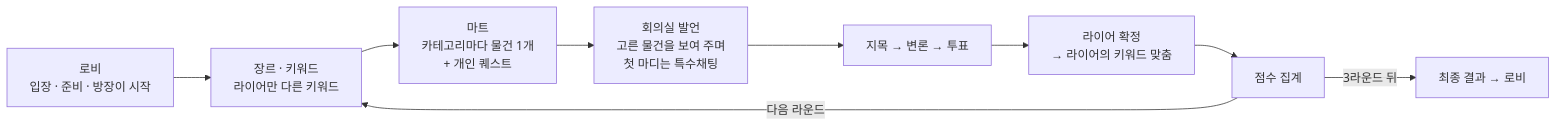
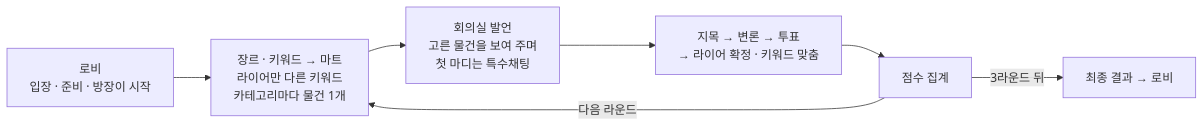
Before and after one commit to rlawlsdn77/portfolio: the first of 8 diagrams in src/IfIWasInMarket/IfIWasInMarket_기술문서.md, drawn with Mermaid. The commit also changed other lines of this file and 4 other files, not shown here.

````diff
--- a/src/IfIWasInMarket/IfIWasInMarket_기술문서.md
+++ b/src/IfIWasInMarket/IfIWasInMarket_기술문서.md
@@ -86,11 +70,9 @@
 ```mermaid
 flowchart LR
-    A["로비<br/>입장 · 준비 · 방장이 시작"] --> B["장르 · 키워드<br/>라이어만 다른 키워드"]
-    B --> C["마트<br/>카테고리마다 물건 1개<br/>+ 개인 퀘스트"]
+    A["로비<br/>입장 · 준비 · 방장이 시작"] --> C["장르 · 키워드 → 마트<br/>라이어만 다른 키워드<br/>카테고리마다 물건 1개"]
     C --> D["회의실 발언<br/>고른 물건을 보여 주며<br/>첫 마디는 특수채팅"]
-    D --> E["지목 → 변론 → 투표"]
-    E --> F["라이어 확정<br/>→ 라이어의 키워드 맞춤"]
-    F --> G["점수 집계"]
-    G -->|"다음 라운드"| B
+    D --> E["지목 → 변론 → 투표<br/>→ 라이어 확정 · 키워드 맞춤"]
+    E --> G["점수 집계"]
+    G -->|"다음 라운드"| C
     G -->|"3라운드 뒤"| H["최종 결과 → 로비"]
 ```
````
